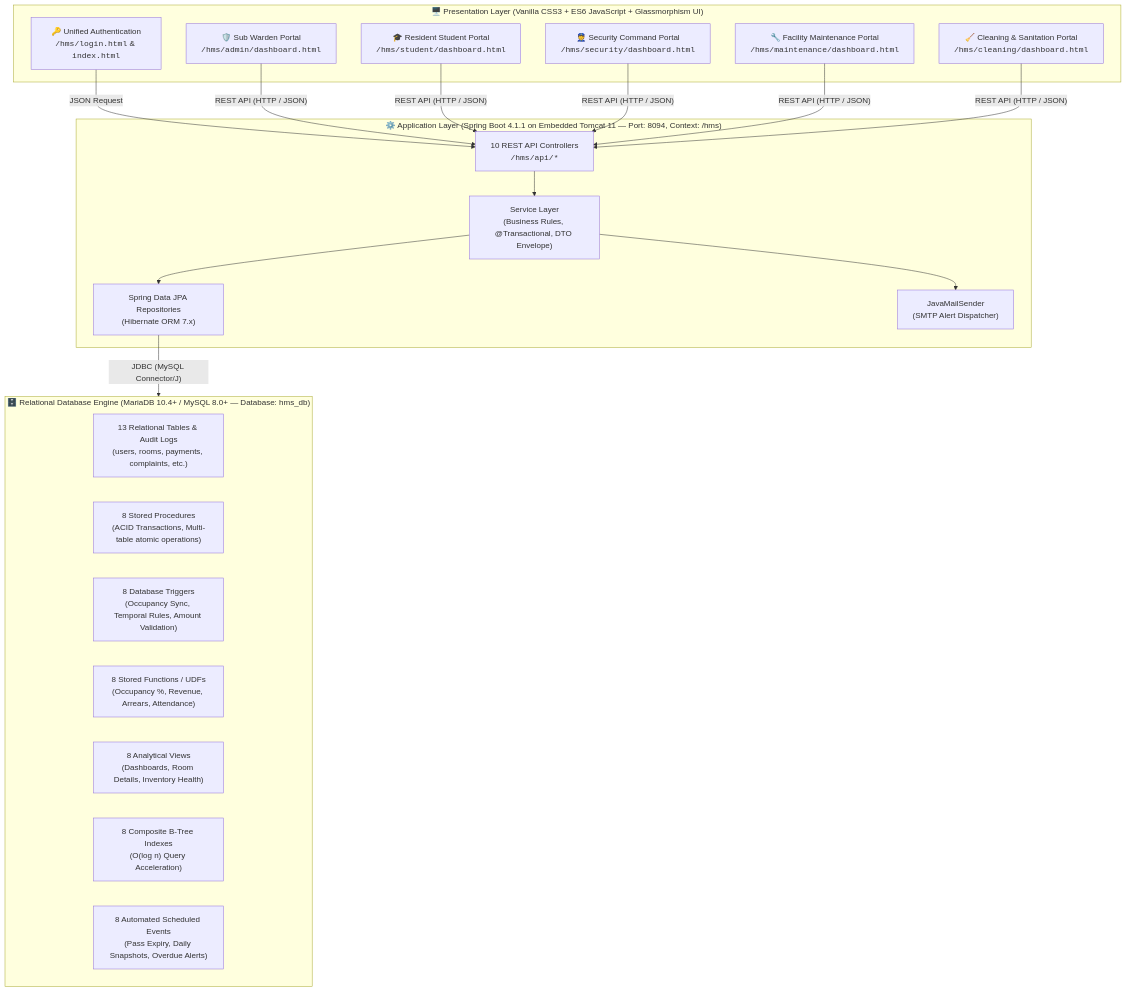
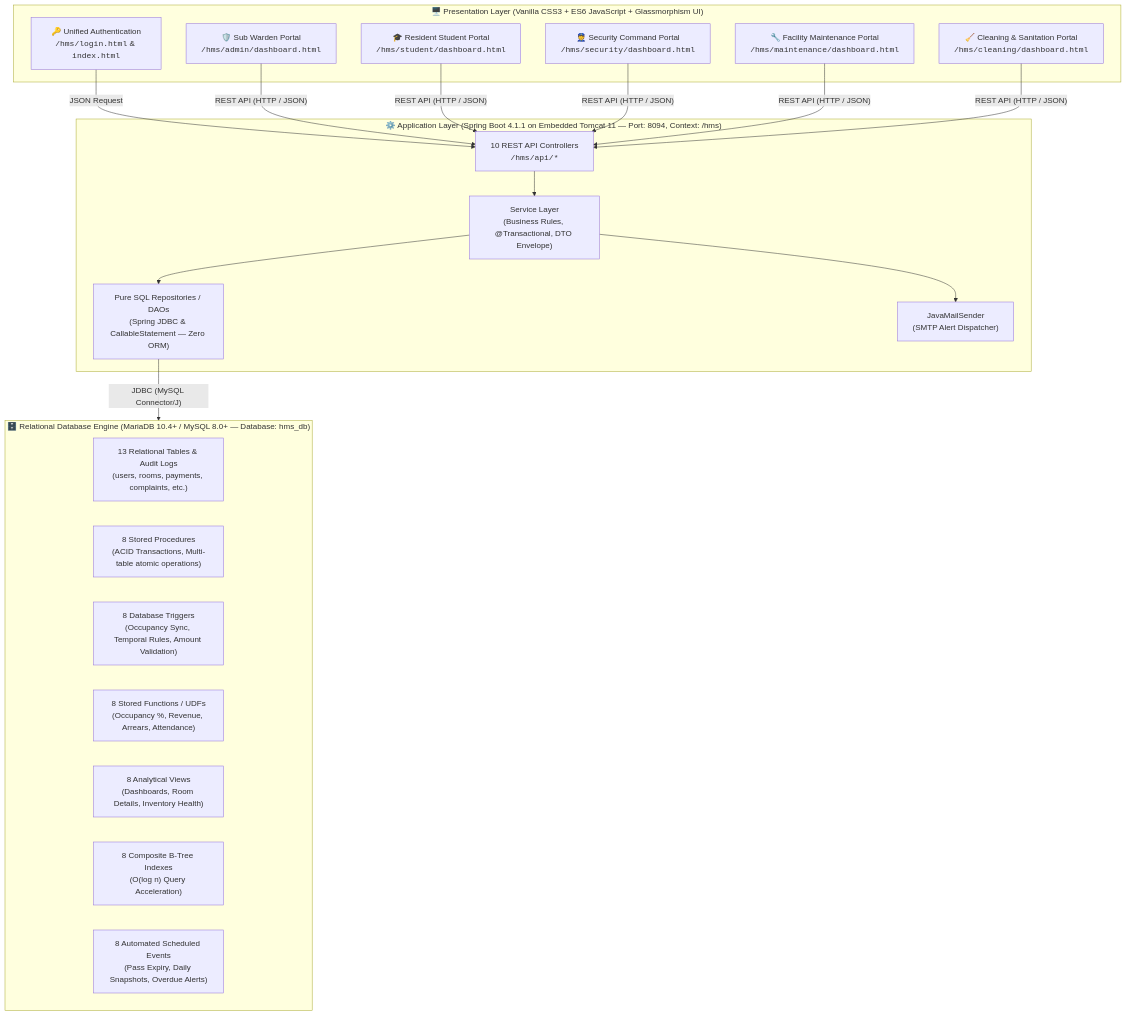
One commit to Nekmal/HMS changed the first of 3 diagrams in README.md. Above: the diagram before and after it, drawn with Mermaid. The commit also changed other lines of this file and 3 other files, not shown here.

````diff
--- a/README.md
+++ b/README.md
@@ -90,39 +90,39 @@
 ```mermaid
 graph TD
     subgraph UI ["🖥️ Presentation Layer (Vanilla CSS3 + ES6 JavaScript + Glassmorphism UI)"]
         P1["🛡️ Sub Warden Portal<br/><code>/hms/admin/dashboard.html</code>"]
         P2["🎓 Resident Student Portal<br/><code>/hms/student/dashboard.html</code>"]
         P3["👮 Security Command Portal<br/><code>/hms/security/dashboard.html</code>"]
         P4["🔧 Facility Maintenance Portal<br/><code>/hms/maintenance/dashboard.html</code>"]
         P5["🧹 Cleaning & Sanitation Portal<br/><code>/hms/cleaning/dashboard.html</code>"]
         AUTH["🔑 Unified Authentication<br/><code>/hms/login.html</code> & <code>index.html</code>"]
     end
 
     subgraph AppServer ["⚙️ Application Layer (Spring Boot 4.1.1 on Embedded Tomcat 11 — Port: 8094, Context: /hms)"]
         CTRL["10 REST API Controllers<br/><code>/hms/api/*</code>"]
         SRV["Service Layer<br/>(Business Rules, @Transactional, DTO Envelope)"]
-        REPO["Spring Data JPA Repositories<br/>(Hibernate ORM 7.x)"]
+        REPO["Pure SQL Repositories / DAOs<br/>(Spring JDBC & CallableStatement — Zero ORM)"]
         MAIL["JavaMailSender<br/>(SMTP Alert Dispatcher)"]
         CTRL --> SRV
         SRV --> REPO
         SRV --> MAIL
     end
 
     subgraph DBEngine ["🗄️ Relational Database Engine (MariaDB 10.4+ / MySQL 8.0+ — Database: hms_db)"]
         T["13 Relational Tables & Audit Logs<br/>(users, rooms, payments, complaints, etc.)"]
         SP["8 Stored Procedures<br/>(ACID Transactions, Multi-table atomic operations)"]
         TRG["8 Database Triggers<br/>(Occupancy Sync, Temporal Rules, Amount Validation)"]
         FN["8 Stored Functions / UDFs<br/>(Occupancy %, Revenue, Arrears, Attendance)"]
         VW["8 Analytical Views<br/>(Dashboards, Room Details, Inventory Health)"]
         IDX["8 Composite B-Tree Indexes<br/>(O(log n) Query Acceleration)"]
         EVT["8 Automated Scheduled Events<br/>(Pass Expiry, Daily Snapshots, Overdue Alerts)"]
     end
 
     AUTH -->|"JSON Request"| CTRL
     P1 -->|"REST API (HTTP / JSON)"| CTRL
     P2 -->|"REST API (HTTP / JSON)"| CTRL
     P3 -->|"REST API (HTTP / JSON)"| CTRL
     P4 -->|"REST API (HTTP / JSON)"| CTRL
     P5 -->|"REST API (HTTP / JSON)"| CTRL
     REPO -->|"JDBC (MySQL Connector/J)"| DBEngine
 ```
````
